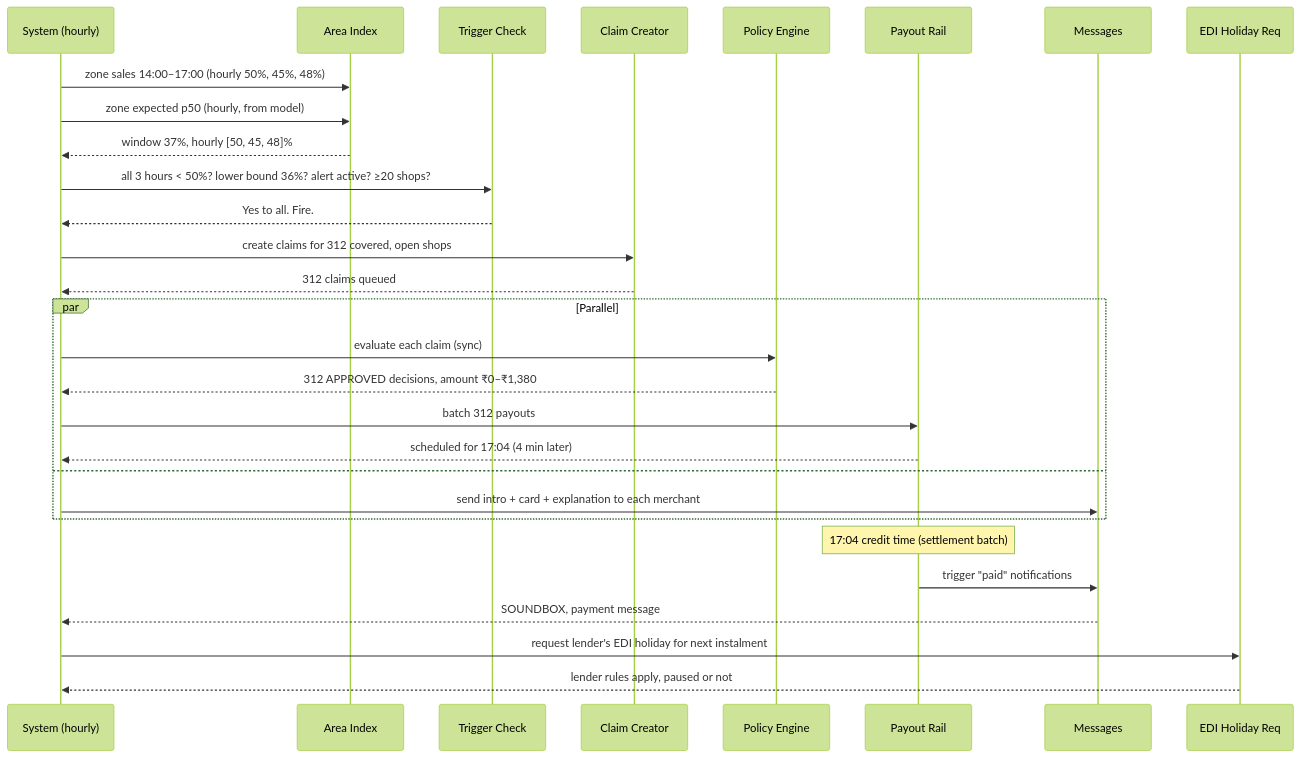
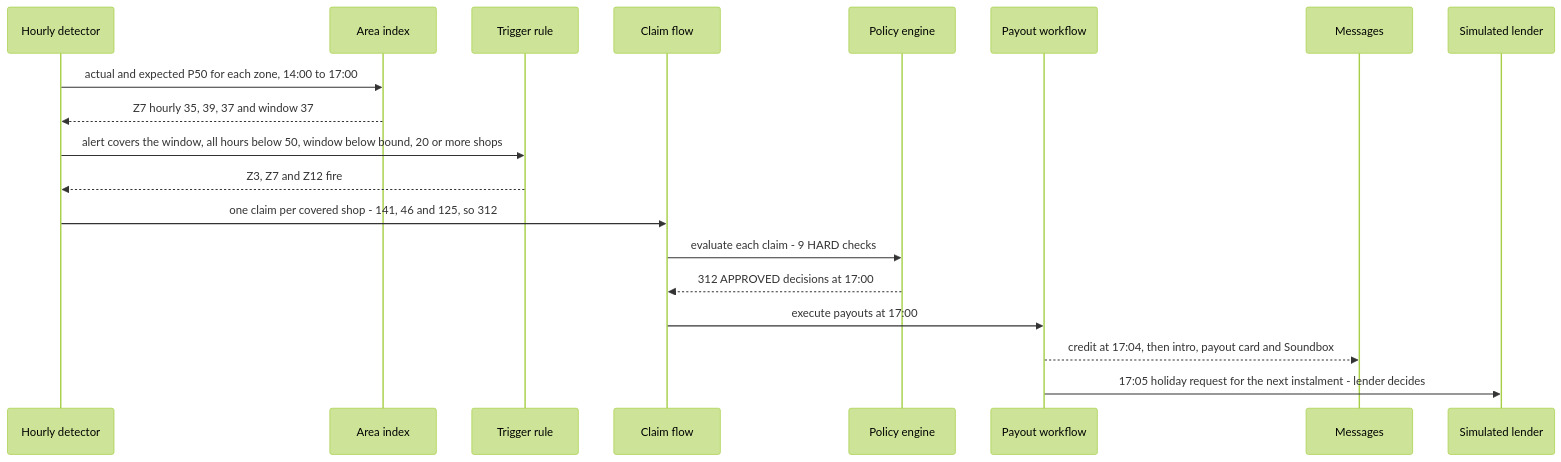
Before and after one commit to UjjwalPardeshi/Chhatri: the first of 2 diagrams in docs/02-product/feature-specs/fs-01-area-auto-claim.md, drawn with Mermaid (forest theme). The commit also changed other lines of this file and 57 other files, not shown here.

````diff
--- a/docs/02-product/feature-specs/fs-01-area-auto-claim.md
+++ b/docs/02-product/feature-specs/fs-01-area-auto-claim.md
@@ -82,32 +108,22 @@
 ```mermaid
 sequenceDiagram
-    participant Sys as System (hourly)
-    participant Idx as Area Index
-    participant Trg as Trigger Check
-    participant Clm as Claim Creator
-    participant Pol as Policy Engine
-    participant Pyt as Payout Rail
+    participant Sys as Hourly detector
+    participant Idx as Area index
+    participant Trg as Trigger rule
+    participant Clm as Claim flow
+    participant Pol as Policy engine
+    participant Pay as Payout workflow
     participant Msg as Messages
-    participant EDI as EDI Holiday Req
+    participant Len as Simulated lender
 
-    Sys->>Idx: zone sales 14:00–17:00 (hourly 50%, 45%, 48%)
-    Sys->>Idx: zone expected p50 (hourly, from model)
-    Idx-->>Sys: window 37%, hourly [50, 45, 48]%
-    Sys->>Trg: all 3 hours < 50%? lower bound 36%? alert active? ≥20 shops?
-    Trg-->>Sys: Yes to all. Fire.
-    Sys->>Clm: create claims for 312 covered, open shops
-    Clm-->>Sys: 312 claims queued
-    par Parallel
-        Sys->>Pol: evaluate each claim (sync)
-        Pol-->>Sys: 312 APPROVED decisions, amount ₹0–₹1,380
-        Sys->>Pyt: batch 312 payouts
-        Pyt-->>Sys: scheduled for 17:04 (4 min later)
-    and
-        Sys->>Msg: send intro + card + explanation to each merchant
-    end
-    Note over Pyt: 17:04 credit time (settlement batch)
-    Pyt->>Msg: trigger "paid" notifications
-    Msg-->>Sys: SOUNDBOX, payment message
-    Sys->>EDI: request lender's EDI holiday for next instalment
-    EDI-->>Sys: lender rules apply, paused or not
+    Sys->>Idx: actual and expected P50 for each zone, 14:00 to 17:00
+    Idx-->>Sys: Z7 hourly 35, 39, 37 and window 37
+    Sys->>Trg: alert covers the window, all hours below 50, window below bound, 20 or more shops
+    Trg-->>Sys: Z3, Z7 and Z12 fire
+    Sys->>Clm: one claim per covered shop - 141, 46 and 125, so 312
+    Clm->>Pol: evaluate each claim - 9 HARD checks
+    Pol-->>Clm: 312 APPROVED decisions at 17:00
+    Clm->>Pay: execute payouts at 17:00
+    Pay-->>Msg: credit at 17:04, then intro, payout card and Soundbox
+    Pay->>Len: 17:05 holiday request for the next instalment - lender decides
 ```
````
